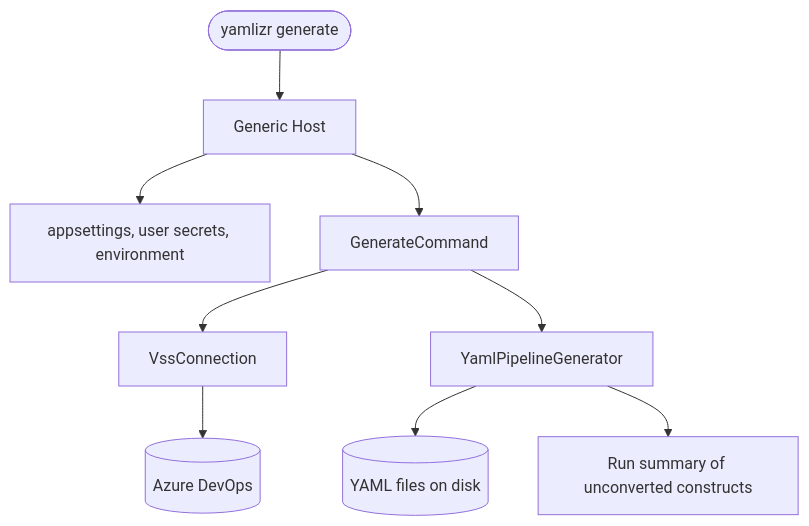
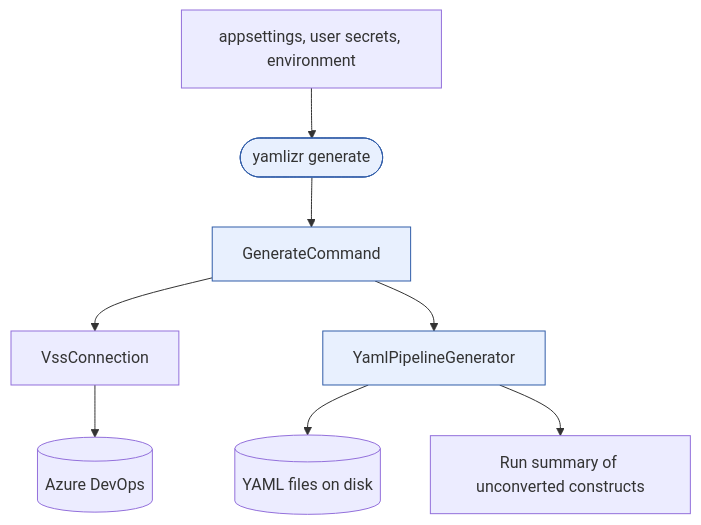
One commit to f2calv/yamlizr changed the diagram in src/CasCap.DevOpsYamlizrCli/README.md. Above: the diagram before and after it, drawn with Mermaid. The commit also changed other lines of this file and 4 other files, not shown here.

````diff
--- a/src/CasCap.DevOpsYamlizrCli/README.md
+++ b/src/CasCap.DevOpsYamlizrCli/README.md
@@ -38,11 +122,12 @@
 ```mermaid
 flowchart TD
-    CLI([yamlizr generate]) --> Host[Generic Host]
-    Host --> Config[appsettings, user secrets, environment]
-    Host --> Cmd[GenerateCommand]
+    Config[appsettings, user secrets, environment] --> CLI([yamlizr generate])
+    CLI --> Cmd[GenerateCommand]
     Cmd --> Conn[VssConnection]
     Conn --> AzDO[(Azure DevOps)]
     Cmd --> Gen[YamlPipelineGenerator]
     Gen --> Yaml[(YAML files on disk)]
     Gen --> Warn[Run summary of unconverted constructs]
+    classDef owned fill:#e8f0fe,stroke:#315da8
+    class CLI,Cmd,Gen owned
 ```
````
